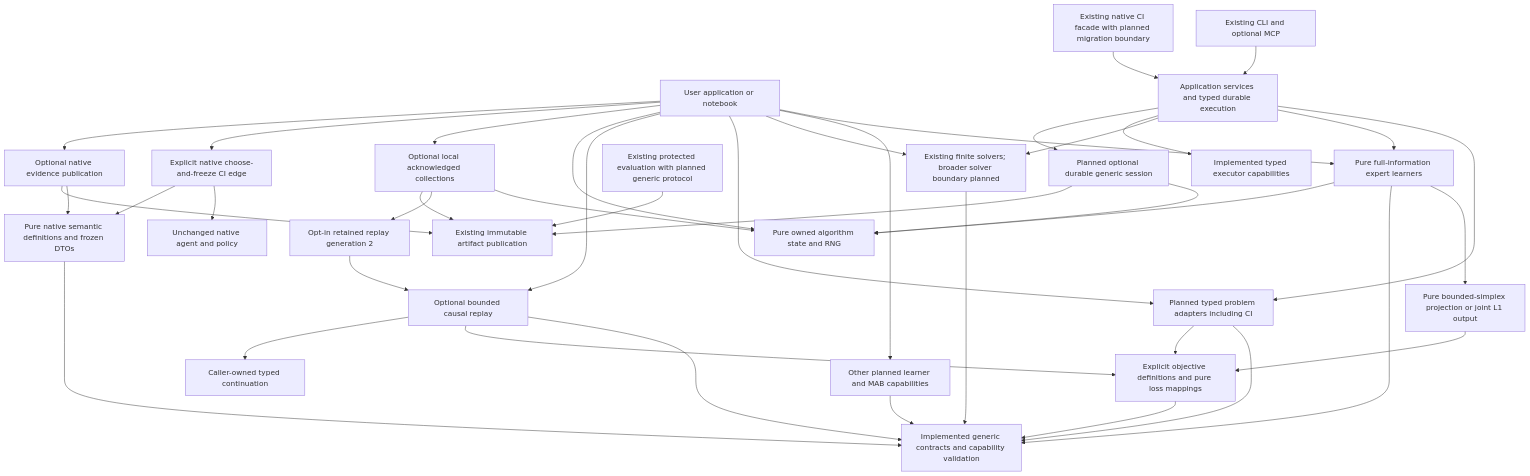
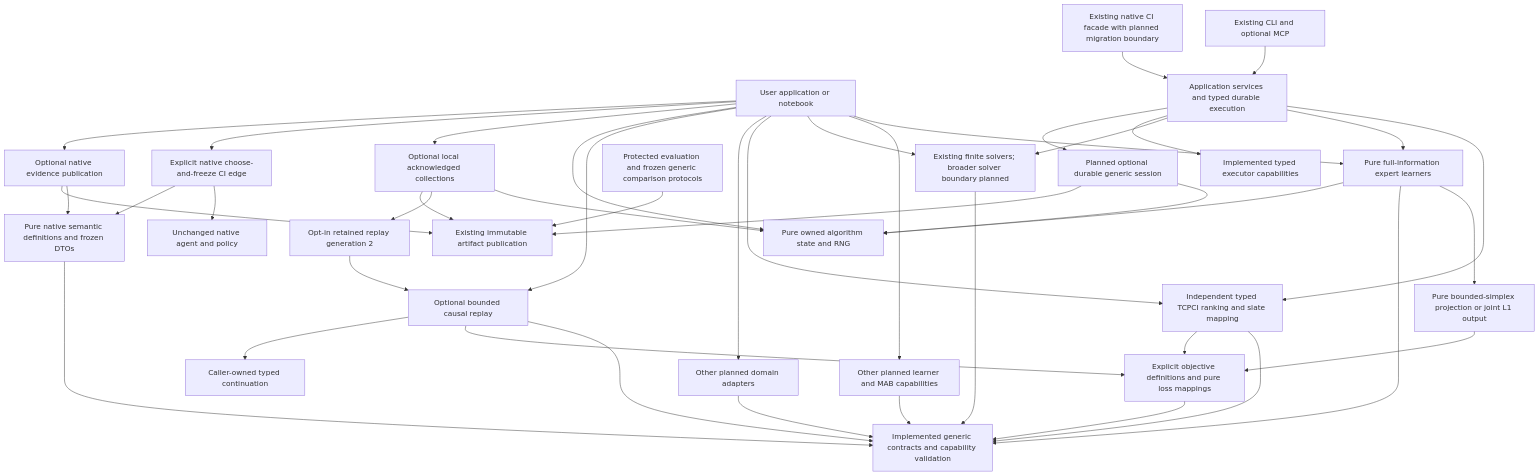
The first of 5 diagrams in docs/v5-architecture.md (jacksonpradolima/coleman), drawn with Mermaid before and after one commit. The commit also changed other lines of this file and 39 other files, not shown here.

Commit message:
feat(problems): add independent TCPCI mappings and v4 migration routes

````diff
--- a/docs/v5-architecture.md
+++ b/docs/v5-architecture.md
@@ -106,43 +110,45 @@
 ```mermaid
 flowchart TD
     Host[User application or notebook] --> DirectLearner[Pure full-information expert learners]
     Host --> MAB[Other planned learner and MAB capabilities]
     DirectLearner --> JointOutput[Pure bounded-simplex projection or joint L1 output]
     JointOutput --> Objectives
     MAB --> Contracts
     Host --> DirectSolver[Existing finite solvers; broader solver boundary planned]
-    Host --> Problem[Planned typed problem adapters including CI]
+    Host --> Problem[Independent typed TCPCI ranking and slate mapping]
+    Host --> OtherProblems[Other planned domain adapters]
+    OtherProblems --> Contracts
     Host --> Replay[Optional bounded causal replay]
     Replay --> Contracts
     Replay --> Objectives
     Replay --> Continuation[Caller-owned typed continuation]
     Problem --> Contracts[Implemented generic contracts and capability validation]
     Problem --> Objectives[Explicit objective definitions and pure loss mappings]
     Objectives --> Contracts
     DirectLearner --> Contracts
     DirectSolver --> Contracts
     DirectLearner --> State[Pure owned algorithm state and RNG]
     Host --> State
     Host --> LocalStore[Optional local acknowledged collections]
     LocalStore --> State
     LocalStore --> Retained[Opt-in retained replay generation 2]
     Retained --> Replay
     LocalStore --> Storage[Existing immutable artifact publication]
     Service[Application services and typed durable execution] --> Problem
     Service --> DirectLearner
     Service --> DirectSolver
     Service --> Execution[Implemented typed executor capabilities]
     Service --> Session[Planned optional durable generic session]
     Session --> State
     Session --> Storage
-    Evidence[Existing protected evaluation with planned generic protocol] --> Storage
+    Evidence[Protected evaluation and frozen generic comparison protocols] --> Storage
     Transport[Existing CLI and optional MCP] --> Service
     Legacy[Existing native CI facade with planned migration boundary] --> Service
     Host --> NativeCapture[Explicit native choose-and-freeze CI edge]
     NativeCapture --> NativeRuntime[Unchanged native agent and policy]
     NativeCapture --> NativeDefinitions[Pure native semantic definitions and frozen DTOs]
     NativeDefinitions --> Contracts
     Host --> NativePublication[Optional native evidence publication]
     NativePublication --> NativeDefinitions
     NativePublication --> Storage
 ```
````
